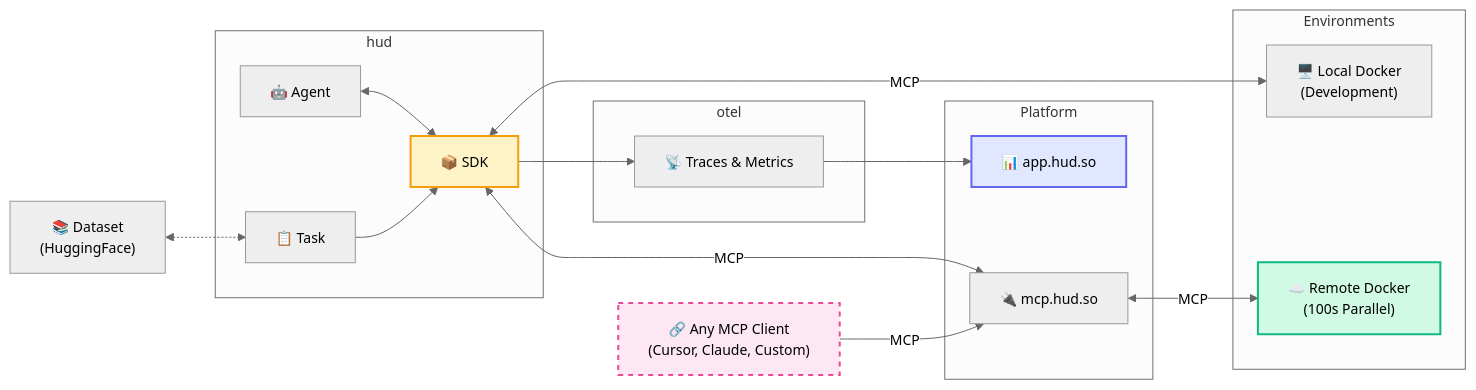
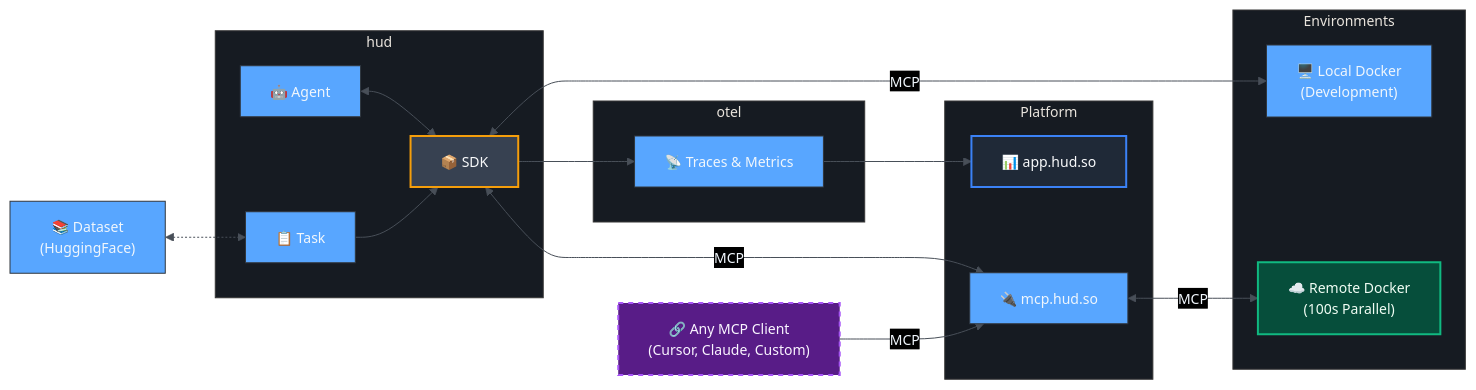
Before and after one commit to shfunc/hud-python: the diagram in README.md, drawn with Mermaid. The commit also changed other lines of this file and 4 other files, not shown here.

````diff
--- a/README.md
+++ b/README.md
@@ -293,42 +293,42 @@
 ```mermaid
-%%{init: {"theme": "neutral", "themeVariables": {"fontSize": "14px"}} }%%
+%%{init: {"theme": "base", "themeVariables": {"fontSize": "14px", "darkMode": true, "background": "#0d1117", "primaryColor": "#58a6ff", "primaryTextColor": "#f0f6fc", "primaryBorderColor": "#30363d", "lineColor": "#484f58", "secondaryColor": "#21262d", "tertiaryColor": "#161b22"}, "flowchart": {"useMaxWidth": false}, "securityLevel": "loose"}}%%
 graph LR
     subgraph "Platform"
         Dashboard["📊 app.hud.so"]
         API["🔌 mcp.hud.so"]
     end
   
     subgraph "hud"
         Agent["🤖 Agent"]
         Task["📋 Task"]
         SDK["📦 SDK"]
     end
   
     subgraph "Environments"
         LocalEnv["🖥️ Local Docker<br/>(Development)"]
         RemoteEnv["☁️ Remote Docker<br/>(100s Parallel)"]
     end
   
     subgraph "otel"
         Trace["📡 Traces & Metrics"]
     end
   
     Dataset["📚 Dataset<br/>(HuggingFace)"]
   
     AnyMCP["🔗 Any MCP Client<br/>(Cursor, Claude, Custom)"]
   
     Agent <--> SDK
     Task --> SDK
     Dataset <-.-> Task
     SDK <-->|"MCP"| LocalEnv
     SDK <-->|"MCP"| API
     API  <-->|"MCP"| RemoteEnv
     SDK  --> Trace
     Trace --> Dashboard
     AnyMCP -->|"MCP"| API
   
-    style Dashboard fill:#e0e7ff,stroke:#6366f1,stroke-width:2px
-    style SDK fill:#fef3c7,stroke:#f59e0b,stroke-width:2px
-    style RemoteEnv fill:#d1fae5,stroke:#10b981,stroke-width:2px
-    style AnyMCP fill:#fce7f3,stroke:#ec4899,stroke-width:2px,stroke-dasharray: 5 5
+    style Dashboard fill:#1f2937,stroke:#3b82f6,stroke-width:2px,color:#f9fafb
+    style SDK fill:#374151,stroke:#f59e0b,stroke-width:2px,color:#f9fafb
+    style RemoteEnv fill:#064e3b,stroke:#10b981,stroke-width:2px,color:#f0fdf4
+    style AnyMCP fill:#581c87,stroke:#a855f7,stroke-width:2px,stroke-dasharray: 5 5,color:#faf5ff
 ```
````
